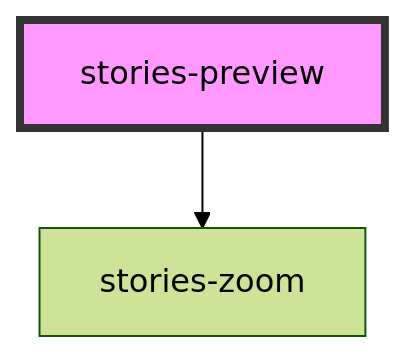
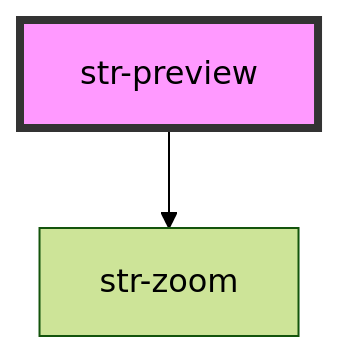
Before and after one commit to storiesjs/stories: the diagram in packages/core/src/components/preview/readme.md, drawn with Mermaid (forest theme). The commit also changed other lines of this file and 221 other files, not shown here.

Commit message:
Stories prefix rename to str

````diff
--- a/packages/core/src/components/preview/readme.md
+++ b/packages/core/src/components/preview/readme.md
@@ -15,5 +15,5 @@
 ```mermaid
 graph TD;
-  stories-preview --> stories-zoom
-  style stories-preview fill:#f9f,stroke:#333,stroke-width:4px
+  str-preview --> str-zoom
+  style str-preview fill:#f9f,stroke:#333,stroke-width:4px
 ```
````
